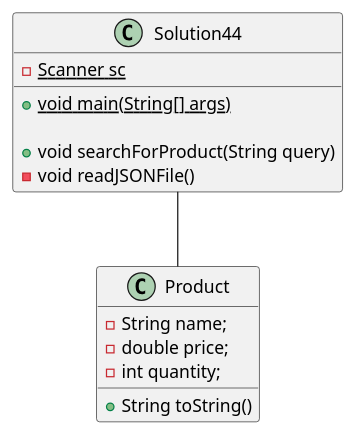
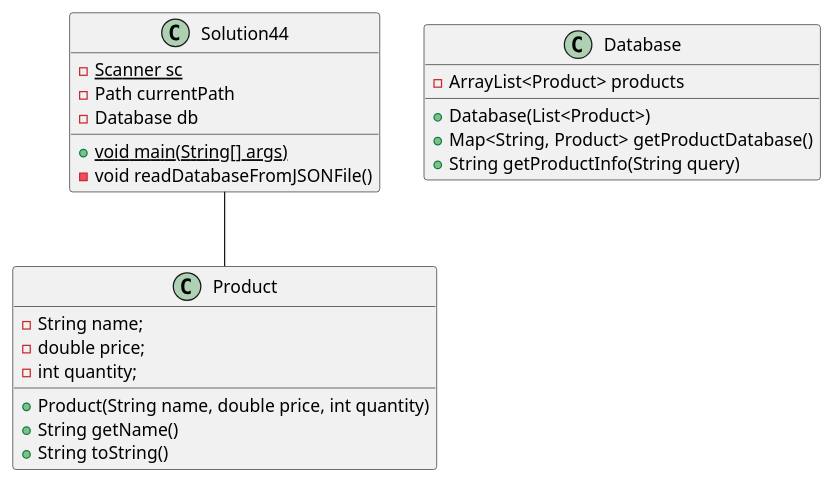
Before and after one commit to ethandrzb/thomas-a04: the diagram in exercise44/docs/class_diagram.puml, drawn with PlantUML. The commit also changed 1 other file, not shown here.

Commit message:
Updated UML diagram

```diff
--- a/exercise44/docs/class_diagram.puml
+++ b/exercise44/docs/class_diagram.puml
@@ -1,25 +1,36 @@
 @startuml
 'https://plantuml.com/class-diagram
 
 class Solution44
 {
     -{static} Scanner sc
+    -Path currentPath
+    -Database db
 
     +{static} void main(String[] args)
+    -void readDatabaseFromJSONFile()
+}
 
-    +void searchForProduct(String query)
-    -void readJSONFile()
+class Database
+{
+    -ArrayList<Product> products
+
+    +Database(List<Product>)
+    +Map<String, Product> getProductDatabase()
+    +String getProductInfo(String query)
 }
 
 class Product
 {
     -String name;
     -double price;
     -int quantity;
 
+    +Product(String name, double price, int quantity)
+    +String getName()
     +String toString()
 }
 
 Solution44 -- Product
 
 @enduml
```
